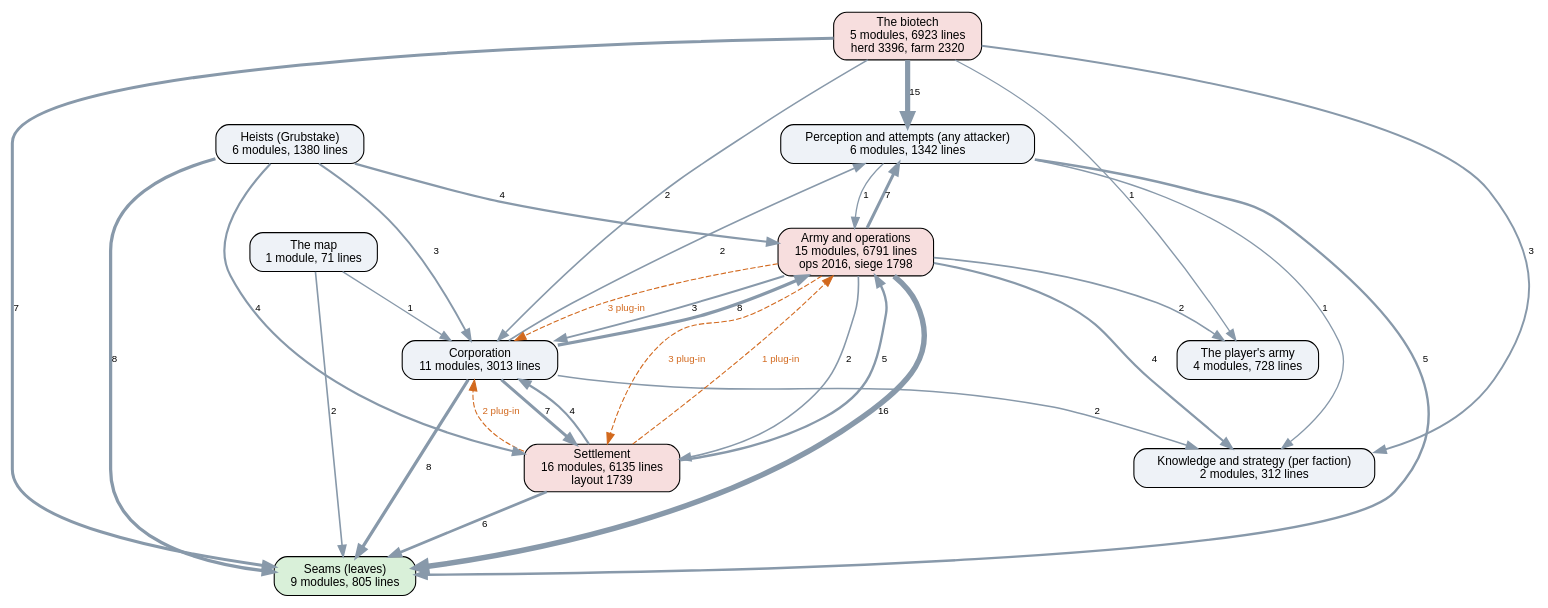
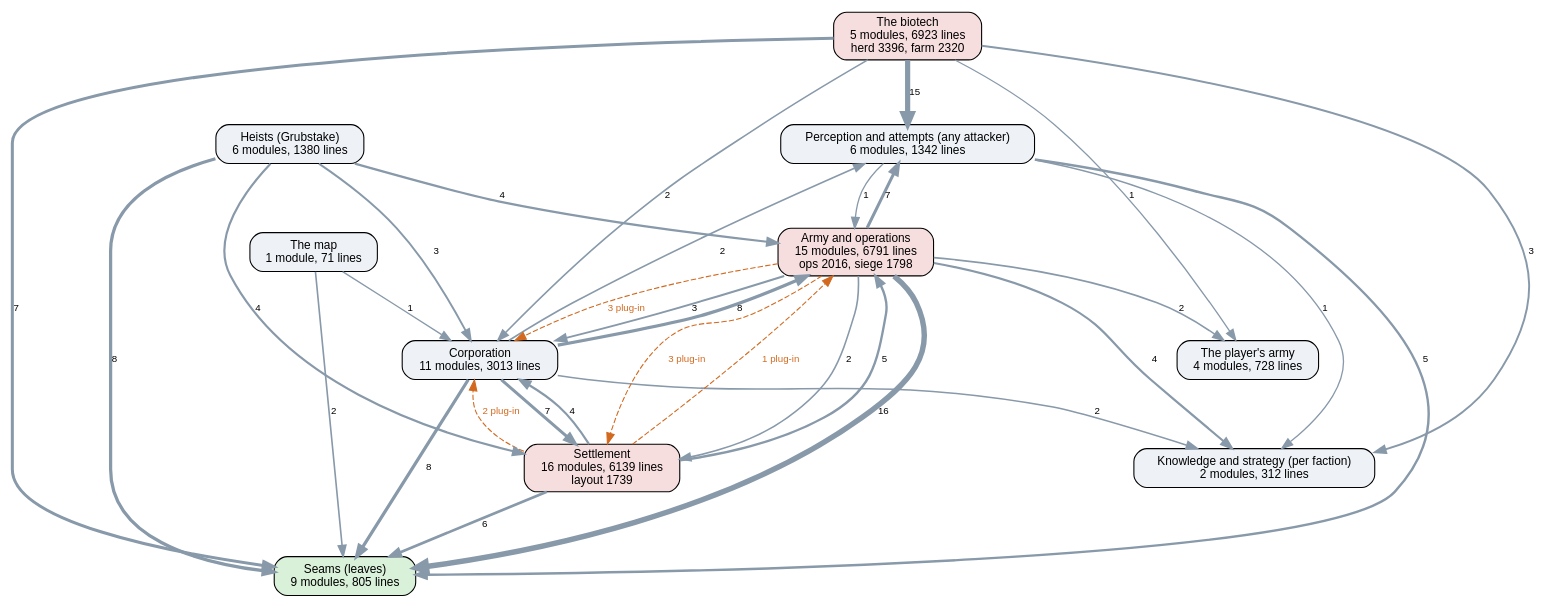
Before and after one commit to kinelhu/landing-party: the diagram in docs/ai-layers.dot, drawn with Graphviz. The commit also changed 15 other files, not shown here.

```diff
--- a/docs/ai-layers.dot
+++ b/docs/ai-layers.dot
@@ -1,47 +1,47 @@
 digraph layers {
   graph [rankdir=TB, fontname="Helvetica", nodesep=0.5, ranksep=0.7];
   node [shape=box, style="rounded,filled", fontname="Helvetica", fontsize=11, fillcolor="#eef2f7"];
   edge [color="#8899aa", fontname="Helvetica", fontsize=9];
   "Seams (leaves)" [label="Seams (leaves)\n9 modules, 805 lines", fillcolor="#d9f0d9"];
   "Perception and attempts (any attacker)" [label="Perception and attempts (any attacker)\n6 modules, 1342 lines", fillcolor="#eef2f7"];
   "Knowledge and strategy (per faction)" [label="Knowledge and strategy (per faction)\n2 modules, 312 lines", fillcolor="#eef2f7"];
   "Corporation" [label="Corporation\n11 modules, 3013 lines", fillcolor="#eef2f7"];
-  "Settlement" [label="Settlement\n16 modules, 6135 lines\nlayout 1739", fillcolor="#f7dede"];
+  "Settlement" [label="Settlement\n16 modules, 6139 lines\nlayout 1739", fillcolor="#f7dede"];
   "Army and operations" [label="Army and operations\n15 modules, 6791 lines\nops 2016, siege 1798", fillcolor="#f7dede"];
   "Heists (Grubstake)" [label="Heists (Grubstake)\n6 modules, 1380 lines", fillcolor="#eef2f7"];
   "The biotech" [label="The biotech\n5 modules, 6923 lines\nherd 3396, farm 2320", fillcolor="#f7dede"];
   "The map" [label="The map\n1 module, 71 lines", fillcolor="#eef2f7"];
   "The player's army" [label="The player's army\n4 modules, 728 lines", fillcolor="#eef2f7"];
   "Army and operations" -> "Corporation" [label="3", penwidth=1.8];
   "Army and operations" -> "Knowledge and strategy (per faction)" [label="4", penwidth=2.0];
   "Army and operations" -> "Perception and attempts (any attacker)" [label="7", penwidth=2.8];
   "Army and operations" -> "Seams (leaves)" [label="16", penwidth=5.0];
   "Army and operations" -> "Settlement" [label="2", penwidth=1.5];
   "Army and operations" -> "The player's army" [label="2", penwidth=1.5];
   "Corporation" -> "Army and operations" [label="8", penwidth=3.0];
   "Corporation" -> "Knowledge and strategy (per faction)" [label="2", penwidth=1.5];
   "Corporation" -> "Perception and attempts (any attacker)" [label="2", penwidth=1.5];
   "Corporation" -> "Seams (leaves)" [label="8", penwidth=3.0];
   "Corporation" -> "Settlement" [label="7", penwidth=2.8];
   "Heists (Grubstake)" -> "Army and operations" [label="4", penwidth=2.0];
   "Heists (Grubstake)" -> "Corporation" [label="3", penwidth=1.8];
   "Heists (Grubstake)" -> "Seams (leaves)" [label="8", penwidth=3.0];
   "Heists (Grubstake)" -> "Settlement" [label="4", penwidth=2.0];
   "Perception and attempts (any attacker)" -> "Army and operations" [label="1", penwidth=1.2];
   "Perception and attempts (any attacker)" -> "Knowledge and strategy (per faction)" [label="1", penwidth=1.2];
   "Perception and attempts (any attacker)" -> "Seams (leaves)" [label="5", penwidth=2.2];
   "Settlement" -> "Army and operations" [label="5", penwidth=2.2];
   "Settlement" -> "Corporation" [label="4", penwidth=2.0];
   "Settlement" -> "Seams (leaves)" [label="6", penwidth=2.5];
   "The biotech" -> "Corporation" [label="2", penwidth=1.5];
   "The biotech" -> "Knowledge and strategy (per faction)" [label="3", penwidth=1.8];
   "The biotech" -> "Perception and attempts (any attacker)" [label="15", penwidth=4.8];
   "The biotech" -> "Seams (leaves)" [label="7", penwidth=2.8];
   "The biotech" -> "The player's army" [label="1", penwidth=1.2];
   "The map" -> "Corporation" [label="1", penwidth=1.2];
   "The map" -> "Seams (leaves)" [label="2", penwidth=1.5];
   "Army and operations" -> "Corporation" [style=dashed, color="#d2691e", fontcolor="#d2691e", label="3 plug-in"];
   "Army and operations" -> "Settlement" [style=dashed, color="#d2691e", fontcolor="#d2691e", label="3 plug-in"];
   "Settlement" -> "Army and operations" [style=dashed, color="#d2691e", fontcolor="#d2691e", label="1 plug-in"];
   "Settlement" -> "Corporation" [style=dashed, color="#d2691e", fontcolor="#d2691e", label="2 plug-in"];
 }
```
